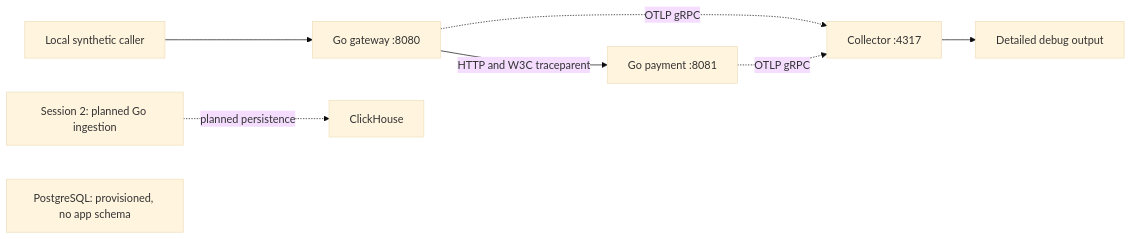
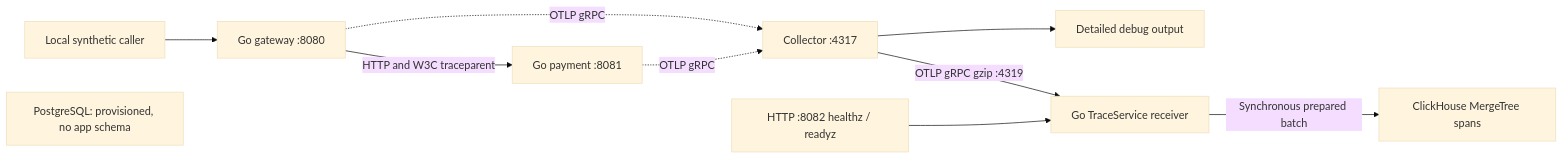
One commit to Amankumarsingh23/TraceForge changed the diagram in ARCHITECTURE.md. Above: the diagram before and after it, drawn with Mermaid (base theme). The commit also changed other lines of this file and 23 other files, not shown here.

Commit message:
feat: persist OTLP traces in ClickHouse with tested acknowledgments

````diff
--- a/ARCHITECTURE.md
+++ b/ARCHITECTURE.md
@@ -3,10 +3,12 @@
 ```mermaid
 flowchart LR
     user[Local synthetic caller] --> gateway[Go gateway :8080]
     gateway -->|HTTP and W3C traceparent| payment[Go payment :8081]
     gateway -. OTLP gRPC .-> collector[Collector :4317]
     payment -. OTLP gRPC .-> collector
     collector --> debug[Detailed debug output]
-    future[Session 2: planned Go ingestion] -. planned persistence .-> ch[ClickHouse]
+    collector -->|OTLP gRPC gzip :4319| receiver[Go TraceService receiver]
+    receiver -->|Synchronous prepared batch| ch[ClickHouse MergeTree spans]
+    health[HTTP :8082 healthz / readyz] --> receiver
     pg[PostgreSQL: provisioned, no app schema]
 ```
````
